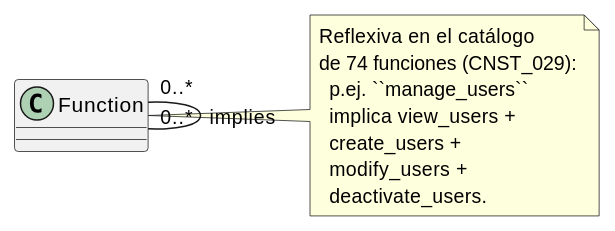
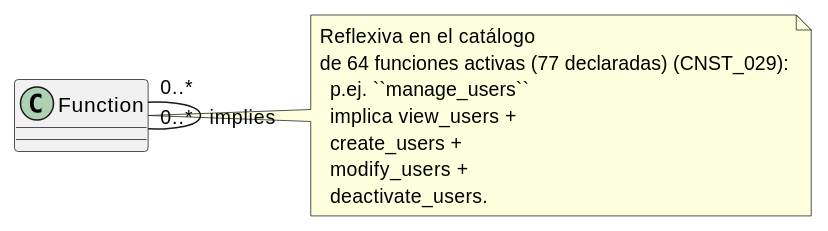
One commit to jcg-admin/IACT-docs changed the diagram in source/requisitos/_metodologia-aplicacion/relaciones-uml/funcion-compuesta-funcion-funcion.rst. Above: the diagram before and after it, drawn with PlantUML. The commit also changed 32 other files, not shown here.

```diff
--- a/source/requisitos/_metodologia-aplicacion/relaciones-uml/funcion-compuesta-funcion-funcion.rst
+++ b/source/requisitos/_metodologia-aplicacion/relaciones-uml/funcion-compuesta-funcion-funcion.rst
@@ -7,16 +7,16 @@
 .. uml::
 
    @startuml
 
    class Function
    Function "0..*" -- "0..*" Function : implies
    note right of Function
      Reflexiva en el catálogo
-     de 74 funciones (CNST_029):
+     de 64 funciones activas (77 declaradas) (CNST_029):
        p.ej. ``manage_users``
        implica view_users +
        create_users +
        modify_users +
        deactivate_users.
    end note
    @enduml
```
